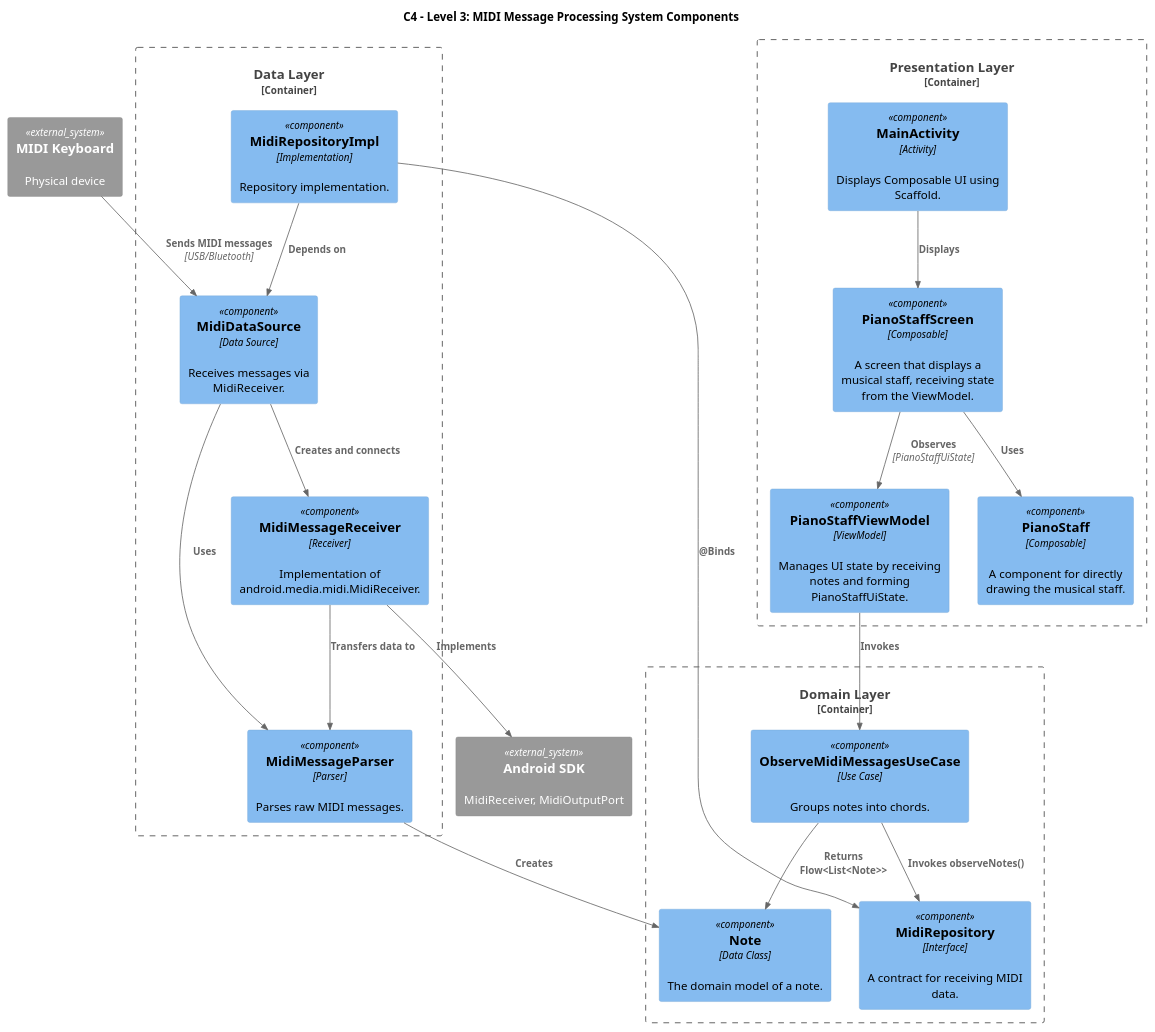
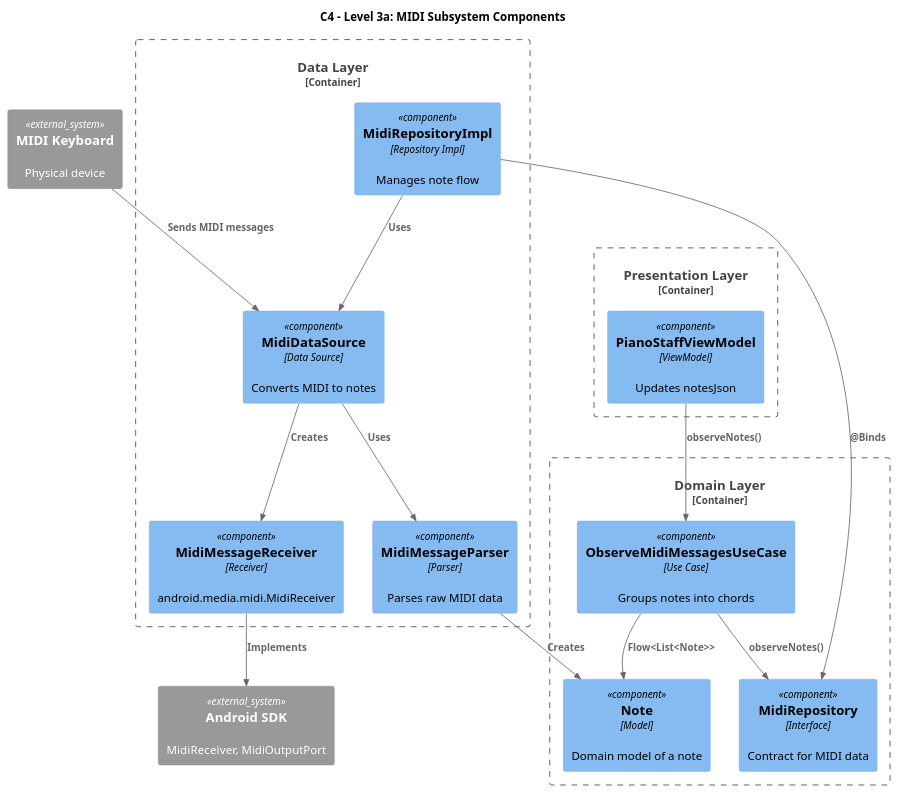
Before and after one commit to astrizhachuk/PianoFlow: the second of 9 diagrams in docs/en/ts/MIDI_MESSAGE_PROCESSING.md, drawn with PlantUML. The commit also changed other lines of this file and 47 other files, not shown here.

````diff
--- a/docs/en/ts/MIDI_MESSAGE_PROCESSING.md
+++ b/docs/en/ts/MIDI_MESSAGE_PROCESSING.md
@@ -37,51 +67,48 @@
 ```plantuml
 @startuml
 !include https://raw.githubusercontent.com/plantuml-stdlib/C4-PlantUML/master/C4_Component.puml
 
-title C4 - Level 3: MIDI Message Processing System Components
+title C4 - Level 3a: MIDI Subsystem Components
 
 System_Ext(midi_device, "MIDI Keyboard", "Physical device")
 System_Ext(android_sdk, "Android SDK", "MidiReceiver, MidiOutputPort")
 
 Container_Boundary(presentation, "Presentation Layer") {
-    Component(activity, "MainActivity", "Activity", "Displays Composable UI using Scaffold.")
-    Component(vm, "PianoStaffViewModel", "ViewModel", "Manages UI state by receiving notes and forming PianoStaffUiState.")
-    Component(screen, "PianoStaffScreen", "Composable", "A screen that displays a musical staff, receiving state from the ViewModel.")
-    Component(staff, "PianoStaff", "Composable", "A component for directly drawing the musical staff.")
+    Component(vm, "PianoStaffViewModel", "ViewModel", "Updates notesJson")
 }
 
 Container_Boundary(domain, "Domain Layer") {
-    Component(observe_uc, "ObserveMidiMessagesUseCase", "Use Case", "Groups notes into chords.")
-    Component(repo, "MidiRepository", "Interface", "A contract for receiving MIDI data.")
-    Component(note, "Note", "Data Class", "The domain model of a note.")
+    Component(observe_midi_uc, "ObserveMidiMessagesUseCase", "Use Case", "Groups notes into chords")
+    Component(midi_repo, "MidiRepository", "Interface", "Contract for MIDI data")
+    Component(note, "Note", "Model", "Domain model of a note")
 }
 
 Container_Boundary(data, "Data Layer") {
-    Component(repo_impl, "MidiRepositoryImpl", "Implementation", "Repository implementation.")
-    Component(ds, "MidiDataSource", "Data Source", "Receives messages via MidiReceiver.")
-    Component(parser, "MidiMessageParser", "Parser", "Parses raw MIDI messages.")
-    Component(receiver, "MidiMessageReceiver", "Receiver", "Implementation of android.media.midi.MidiReceiver.")
+    Component(midi_repo_impl, "MidiRepositoryImpl", "Repository Impl", "Manages note flow")
+    Component(ds, "MidiDataSource", "Data Source", "Converts MIDI to notes")
+    Component(parser, "MidiMessageParser", "Parser", "Parses raw MIDI data")
+    Component(receiver, "MidiMessageReceiver", "Receiver", "android.media.midi.MidiReceiver")
 }
 
-' Connections
-Rel(activity, screen, "Displays")
-Rel(screen, staff, "Uses")
-Rel(screen, vm, "Observes", "PianoStaffUiState")
-Rel(vm, observe_uc, "Invokes")
-Rel(observe_uc, repo, "Invokes observeNotes()")
+' Presentation-Domain Connections
+Rel(vm, observe_midi_uc, "observeNotes()")
 
-Rel(repo_impl, repo, "@Binds")
-Rel(repo_impl, ds, "Depends on")
+' Domain-Domain Connections
+Rel(observe_midi_uc, midi_repo, "observeNotes()")
+Rel(observe_midi_uc, note, "Flow<List<Note>>")
 
+' Bindings
+Rel(midi_repo_impl, midi_repo, "@Binds")
+
+' Data Layer Connections
+Rel(midi_repo_impl, ds, "Uses")
 Rel(ds, parser, "Uses")
-Rel(ds, receiver, "Creates and connects")
+Rel(ds, receiver, "Creates")
+Rel(parser, note, "Creates")
 Rel(receiver, android_sdk, "Implements")
-Rel(receiver, parser, "Transfers data to")
 
-Rel(midi_device, ds, "Sends MIDI messages", "USB/Bluetooth")
-
-Rel(observe_uc, note, "Returns Flow<List<Note>>")
-Rel(parser, note, "Creates")
+' External Systems
+Rel(midi_device, ds, "Sends MIDI messages")
 
 @enduml
 ```
````
